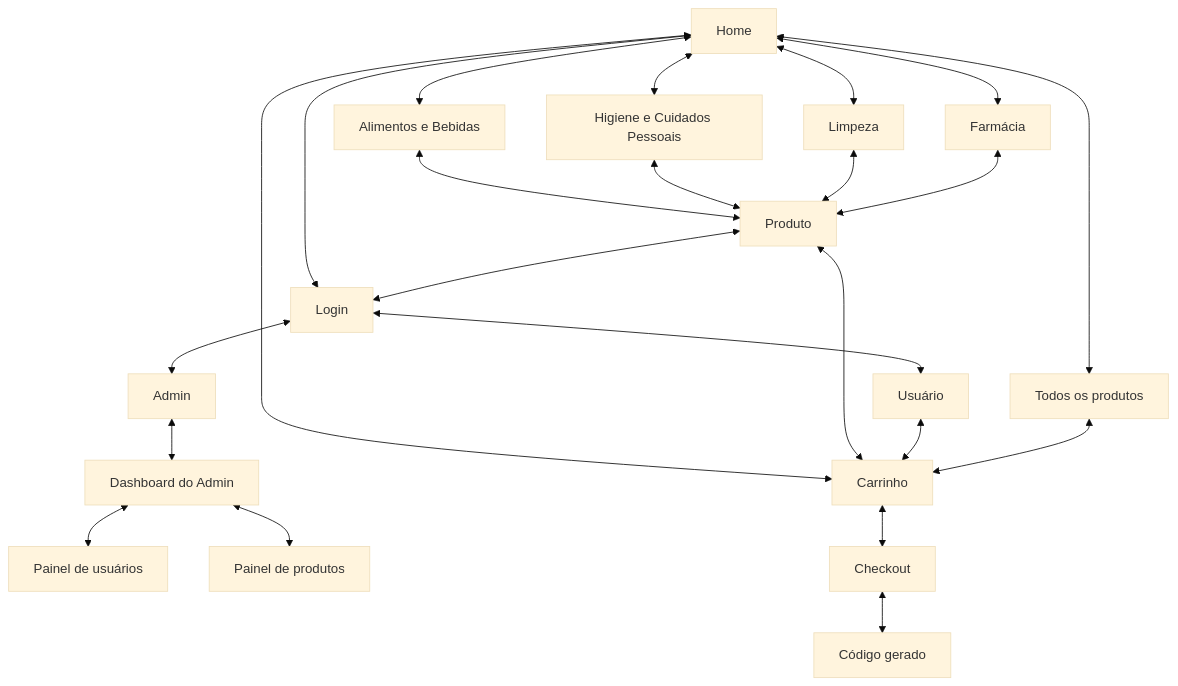
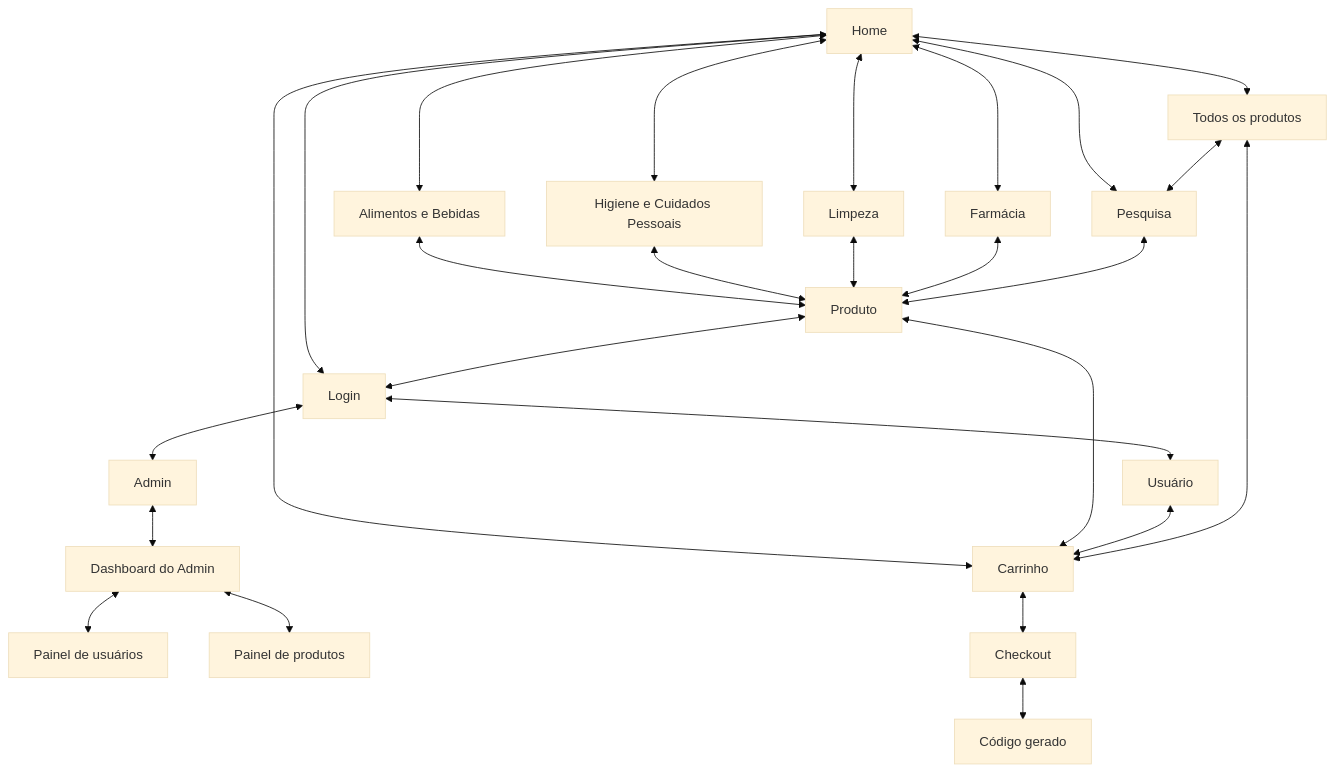
One commit to joaopgodoy/online_store_project changed the diagram in README.md. Above: the diagram before and after it, drawn with Mermaid (base theme). The commit also changed other lines of this file, not shown here.

````diff
--- a/README.md
+++ b/README.md
@@ -116,64 +127,68 @@
 ```mermaid
 graph TD
   Home[Home]
   Alimentos[Alimentos e Bebidas]
   Higiene[Higiene e Cuidados Pessoais]
   Limpeza[Limpeza]
   Farmacia[Farmácia]
   Produto[Produto]
   Carrinho[Carrinho]
+  Pesquisa[Pesquisa]
   Login[Login]
   Usuario[Usuário]
   Admin[Admin]
   Dashboard[Dashboard do Admin]
   PainelUsuarios[Painel de usuários]
   PainelProdutos[Painel de produtos]
   TodosProdutos[Todos os produtos]
   Checkout[Checkout]
   CodigoGerado[Código gerado]
 
   %% Ligações
   Home <--> Alimentos
   Home <--> Higiene
   Home <--> Limpeza
   Home <--> Farmacia
   Home <--> Carrinho
+  Home <--> Pesquisa
   Home <--> Login
   Home <--> TodosProdutos
 
   Alimentos <--> Produto
   Higiene <--> Produto
   Limpeza <--> Produto
   Farmacia <--> Produto
 
   Produto <--> Carrinho
   Produto <--> Login
+  Pesquisa <--> Produto
 
   Login <--> Usuario
   Usuario <--> Carrinho
   TodosProdutos <--> Carrinho
+  TodosProdutos <--> Pesquisa
   Carrinho <--> Checkout
   Checkout <--> CodigoGerado
 
   Login <--> Admin
   Admin <--> Dashboard
 
   Dashboard <--> PainelUsuarios
   Dashboard <--> PainelProdutos
 
   %% Links nos nós
   click Home "https://github.com/joaopgodoy/online_store_project/blob/main/mockups/index.png" _blank
   click Carrinho "https://github.com/joaopgodoy/online_store_project/blob/main/mockups/cart.png" _blank
   click Login "https://github.com/joaopgodoy/online_store_project/blob/main/mockups/login.png" _blank
   click Alimentos "https://github.com/joaopgodoy/online_store_project/blob/main/mockups/alimentos.jpeg" _blank
   click Higiene "https://github.com/joaopgodoy/online_store_project/blob/main/mockups/higiene.jpeg" _blank
   click Limpeza "https://github.com/joaopgodoy/online_store_project/blob/main/mockups/limpeza.jpeg" _blank
   click Farmacia "https://github.com/joaopgodoy/online_store_project/blob/main/mockups/farmacia.jpeg" _blank
   click Produto "https://github.com/joaopgodoy/online_store_project/blob/main/mockups/product.jpeg" _blank
   click Usuario "https://github.com/joaopgodoy/online_store_project/blob/main/mockups/user.jpeg" _blank
   click PainelUsuarios "https://github.com/joaopgodoy/online_store_project/blob/main/mockups/admin_dashboard_users.jpeg" _blank
   click PainelProdutos "https://github.com/joaopgodoy/online_store_project/blob/main/mockups/admin_dashboard_products.jpeg" _blank
   click TodosProdutos "https://github.com/joaopgodoy/online_store_project/blob/main/mockups/all_products.jpeg" _blank
   click Checkout "https://github.com/joaopgodoy/online_store_project/blob/main/mockups/card.jpeg" _blank
   click CodigoGerado "https://github.com/joaopgodoy/online_store_project/blob/main/mockups/code.jpeg" _blank
 ```
````
